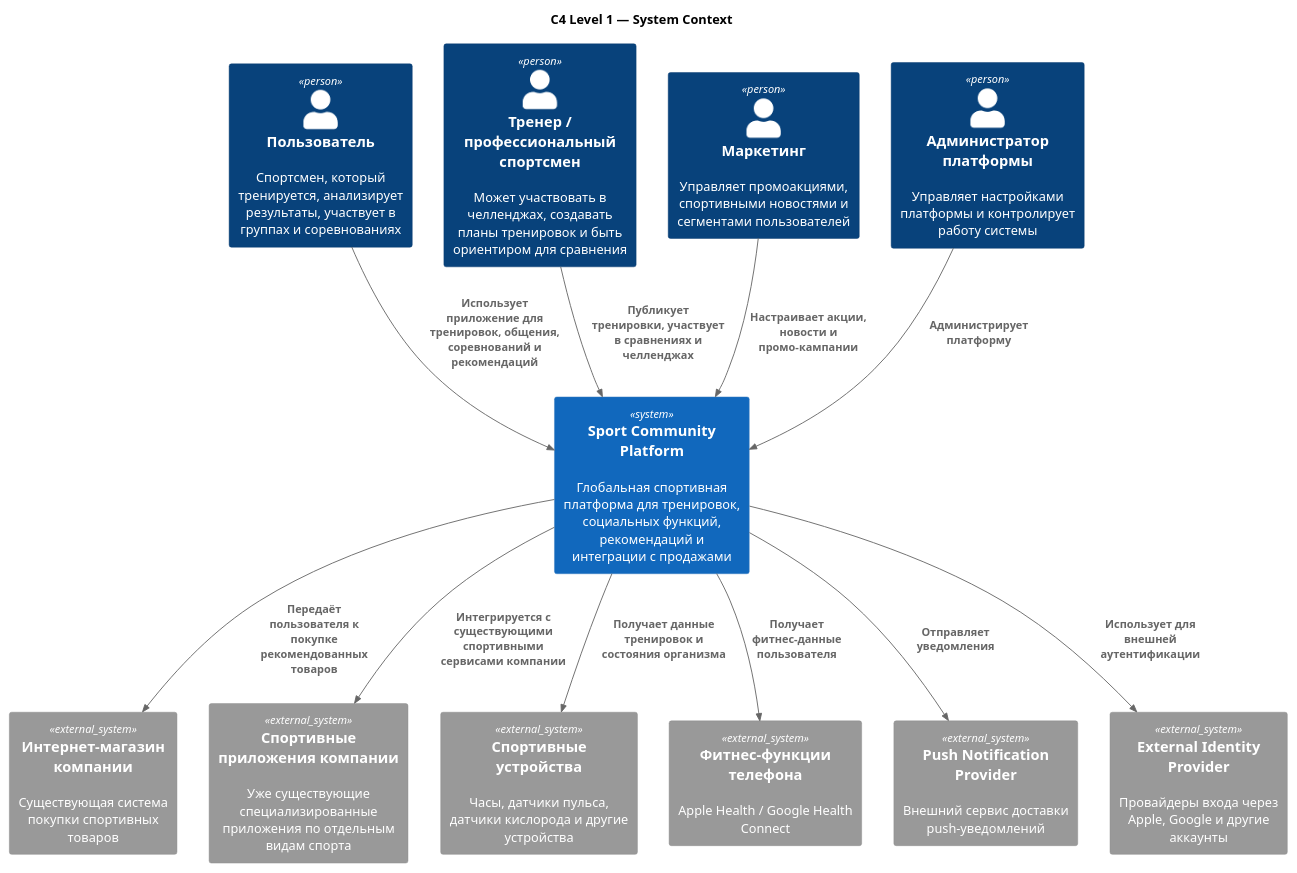
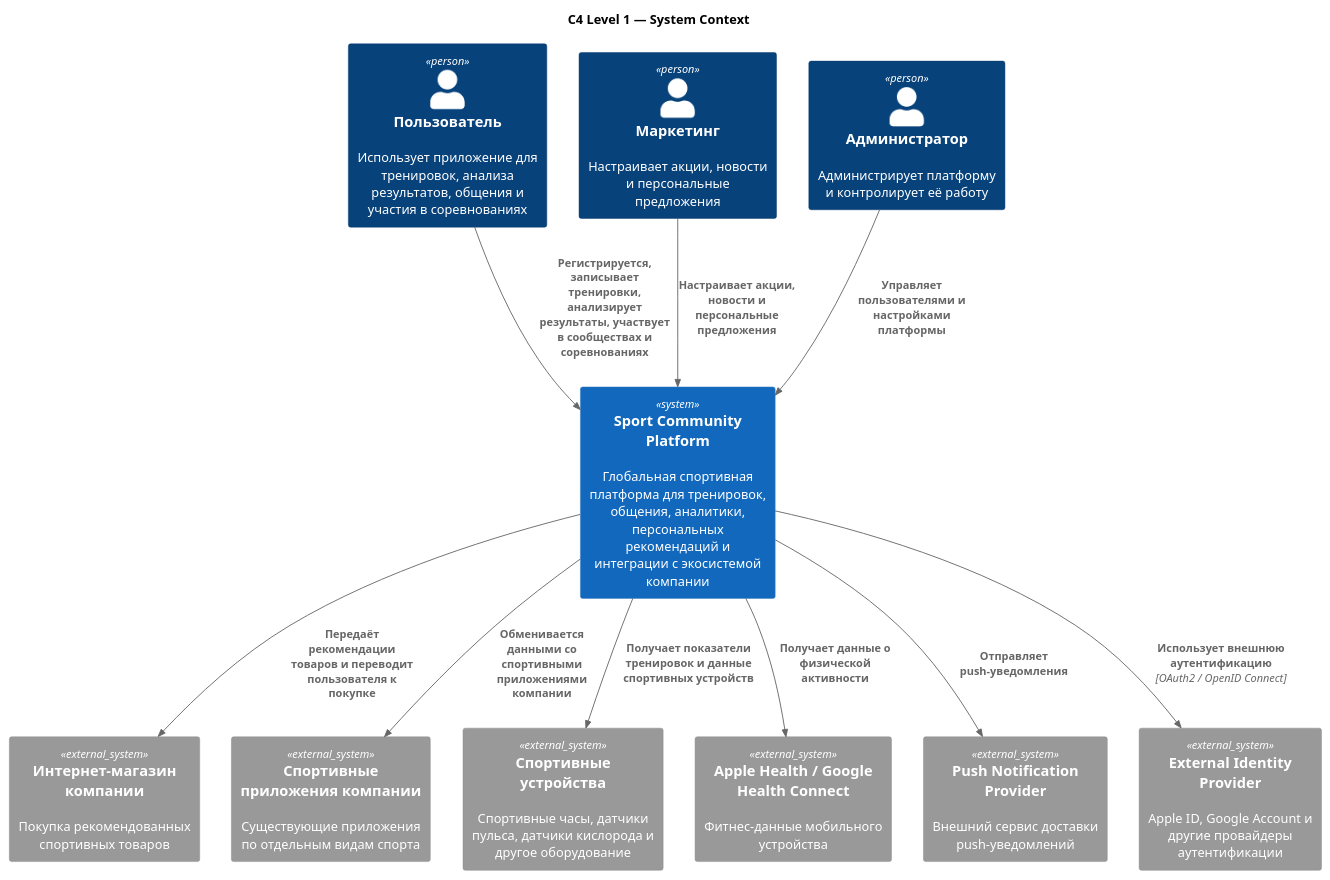
One commit to oleana/skillbox-arch-final changed the diagram in c4-context.puml. Above: the diagram before and after it, drawn with PlantUML. The commit also changed 3 other files, not shown here.

Commit message:
добавлены исправления диаграмм C4 Context, C4 Container

```diff
--- a/c4-context.puml
+++ b/c4-context.puml
@@ -1,33 +1,31 @@
 @startuml c4-context
 
-!include https://raw.githubusercontent.com/plantuml-stdlib/C4-PlantUML/master/C4_Context.puml
+!include <C4/C4_Context>
 
 title C4 Level 1 — System Context
 
-Person(user, "Пользователь", "Спортсмен, который тренируется, анализирует результаты, участвует в группах и соревнованиях")
-Person(coach, "Тренер / профессиональный спортсмен", "Может участвовать в челленджах, создавать планы тренировок и быть ориентиром для сравнения")
-Person(marketing, "Маркетинг", "Управляет промоакциями, спортивными новостями и сегментами пользователей")
-Person(admin, "Администратор платформы", "Управляет настройками платформы и контролирует работу системы")
+Person(user, "Пользователь", "Использует приложение для тренировок, анализа результатов, общения и участия в соревнованиях")
+Person(marketing, "Маркетинг", "Настраивает акции, новости и персональные предложения")
+Person(admin, "Администратор", "Администрирует платформу и контролирует её работу")
 
-System(platform, "Sport Community Platform", "Глобальная спортивная платформа для тренировок, социальных функций, рекомендаций и интеграции с продажами")
+System(platform, "Sport Community Platform", "Глобальная спортивная платформа для тренировок, общения, аналитики, персональных рекомендаций и интеграции с экосистемой компании")
 
-System_Ext(shop, "Интернет-магазин компании", "Существующая система покупки спортивных товаров")
-System_Ext(sportApps, "Спортивные приложения компании", "Уже существующие специализированные приложения по отдельным видам спорта")
-System_Ext(deviceVendors, "Спортивные устройства", "Часы, датчики пульса, датчики кислорода и другие устройства")
-System_Ext(mobileHealth, "Фитнес-функции телефона", "Apple Health / Google Health Connect")
+System_Ext(shop, "Интернет-магазин компании", "Покупка рекомендованных спортивных товаров")
+System_Ext(sportApps, "Спортивные приложения компании", "Существующие приложения по отдельным видам спорта")
+System_Ext(deviceVendors, "Спортивные устройства", "Спортивные часы, датчики пульса, датчики кислорода и другое оборудование")
+System_Ext(mobileHealth, "Apple Health / Google Health Connect", "Фитнес-данные мобильного устройства")
 System_Ext(pushProvider, "Push Notification Provider", "Внешний сервис доставки push-уведомлений")
-System_Ext(identityProvider, "External Identity Provider", "Провайдеры входа через Apple, Google и другие аккаунты")
+System_Ext(identityProvider, "External Identity Provider", "Apple ID, Google Account и другие провайдеры аутентификации")
 
-Rel(user, platform, "Использует приложение для тренировок, общения, соревнований и рекомендаций")
-Rel(coach, platform, "Публикует тренировки, участвует в сравнениях и челленджах")
-Rel(marketing, platform, "Настраивает акции, новости и промо-кампании")
-Rel(admin, platform, "Администрирует платформу")
+Rel(user, platform, "Регистрируется, записывает тренировки, анализирует результаты, участвует в сообществах и соревнованиях")
+Rel(marketing, platform, "Настраивает акции, новости и персональные предложения")
+Rel(admin, platform, "Управляет пользователями и настройками платформы")
 
-Rel(platform, shop, "Передаёт пользователя к покупке рекомендованных товаров")
-Rel(platform, sportApps, "Интегрируется с существующими спортивными сервисами компании")
-Rel(platform, deviceVendors, "Получает данные тренировок и состояния организма")
-Rel(platform, mobileHealth, "Получает фитнес-данные пользователя")
-Rel(platform, pushProvider, "Отправляет уведомления")
-Rel(platform, identityProvider, "Использует для внешней аутентификации")
+Rel(platform, shop, "Передаёт рекомендации товаров и переводит пользователя к покупке")
+Rel(platform, sportApps, "Обменивается данными со спортивными приложениями компании")
+Rel(platform, deviceVendors, "Получает показатели тренировок и данные спортивных устройств")
+Rel(platform, mobileHealth, "Получает данные о физической активности")
+Rel(platform, pushProvider, "Отправляет push-уведомления")
+Rel(platform, identityProvider, "Использует внешнюю аутентификацию", "OAuth2 / OpenID Connect")
 
 @enduml
```
